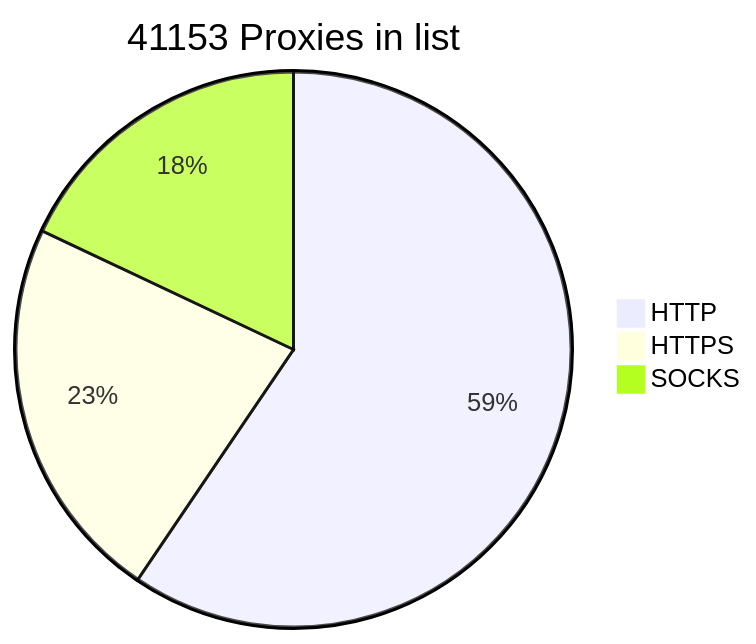
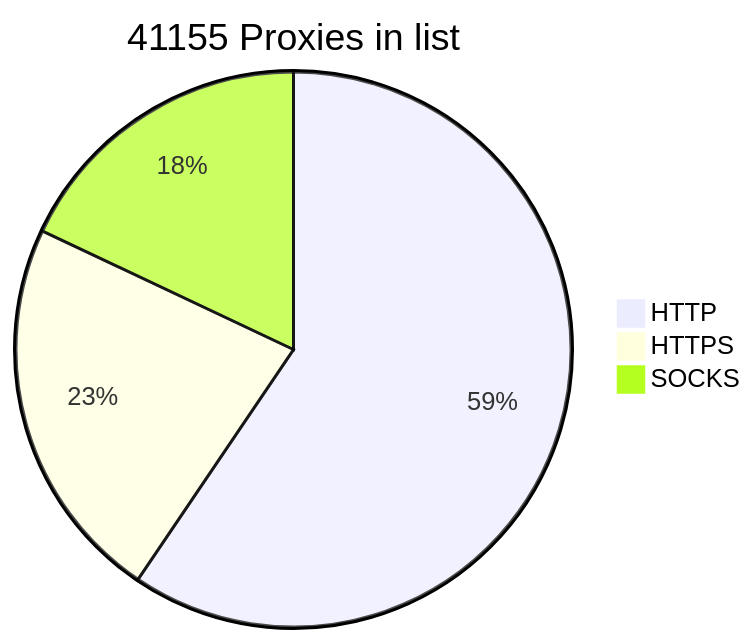
The diagram in README.md (BlackSnowDot/proxylist-update-every-minute), drawn with Mermaid before and after one commit.

````diff
--- a/README.md
+++ b/README.md
@@ -2,6 +2,6 @@
 ```mermaid
-pie title 41153 Proxies in list
-    "HTTP" : 28799
-    "HTTPS": 10918
+pie title 41155 Proxies in list
+    "HTTP" : 28797
+    "HTTPS": 10922
     "SOCKS" : 8708
 ```
````
